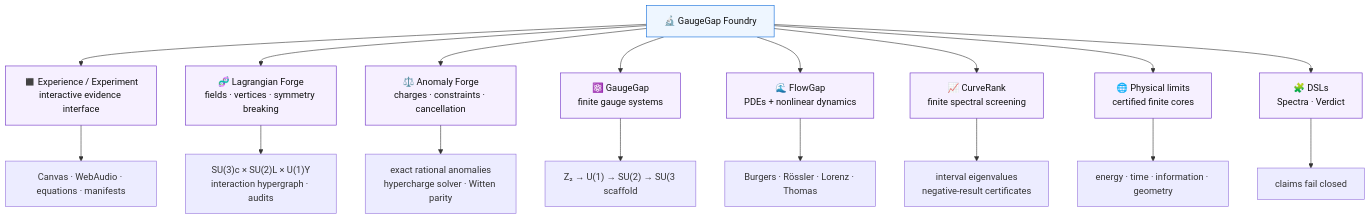
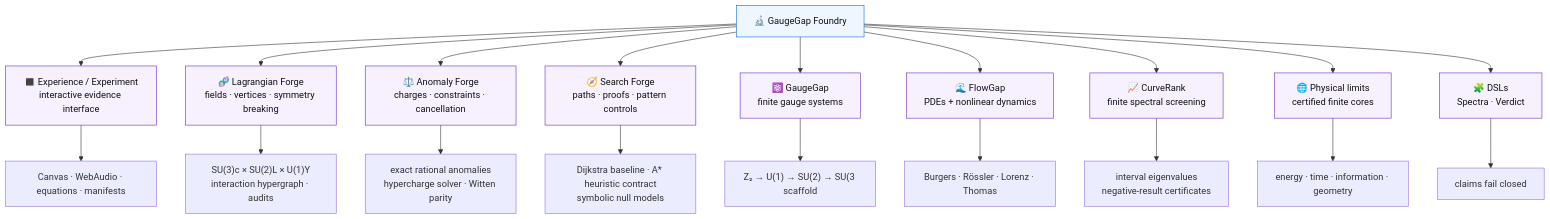
Before and after one commit to XioAISolutions/gaugegap-foundry: the first of 8 diagrams in README.md, drawn with Mermaid. The commit also changed other lines of this file, not shown here.

Commit message:
docs: add Search Forge layer without removing existing content

````diff
--- a/README.md
+++ b/README.md
@@ -52,26 +54,28 @@
 ```mermaid
 flowchart TD
     F["🔬 GaugeGap Foundry"]
     F --> X["◼️ Experience / Experiment<br/>interactive evidence interface"]
     F --> L["🧬 Lagrangian Forge<br/>fields · vertices · symmetry breaking"]
     F --> A["⚖️ Anomaly Forge<br/>charges · constraints · cancellation"]
+    F --> S["🧭 Search Forge<br/>paths · proofs · pattern controls"]
     F --> G["⚛️ GaugeGap<br/>finite gauge systems"]
     F --> FL["🌊 FlowGap<br/>PDEs + nonlinear dynamics"]
     F --> C["📈 CurveRank<br/>finite spectral screening"]
     F --> P["🌐 Physical limits<br/>certified finite cores"]
     F --> D["🧩 DSLs<br/>Spectra · Verdict"]
 
     X --> X1["Canvas · WebAudio · equations · manifests"]
     L --> L1["SU(3)c × SU(2)L × U(1)Y<br/>interaction hypergraph · audits"]
     A --> A1["exact rational anomalies<br/>hypercharge solver · Witten parity"]
+    S --> S1["Dijkstra baseline · A* heuristic contract<br/>symbolic null models"]
     G --> G1["Z₂ → U(1) → SU(2) → SU(3 scaffold"]
     FL --> FL1["Burgers · Rössler · Lorenz · Thomas"]
     C --> C1["interval eigenvalues<br/>negative-result certificates"]
     P --> P1["energy · time · information · geometry"]
     D --> D1["claims fail closed"]
 
     classDef main fill:#eef6ff,stroke:#0969da,color:#111;
     classDef edge fill:#f6f0ff,stroke:#6929c4,color:#111;
     class F main;
-    class X,L,A,G,FL,C,P,D edge;
+    class X,L,A,S,G,FL,C,P,D edge;
 ```
````
